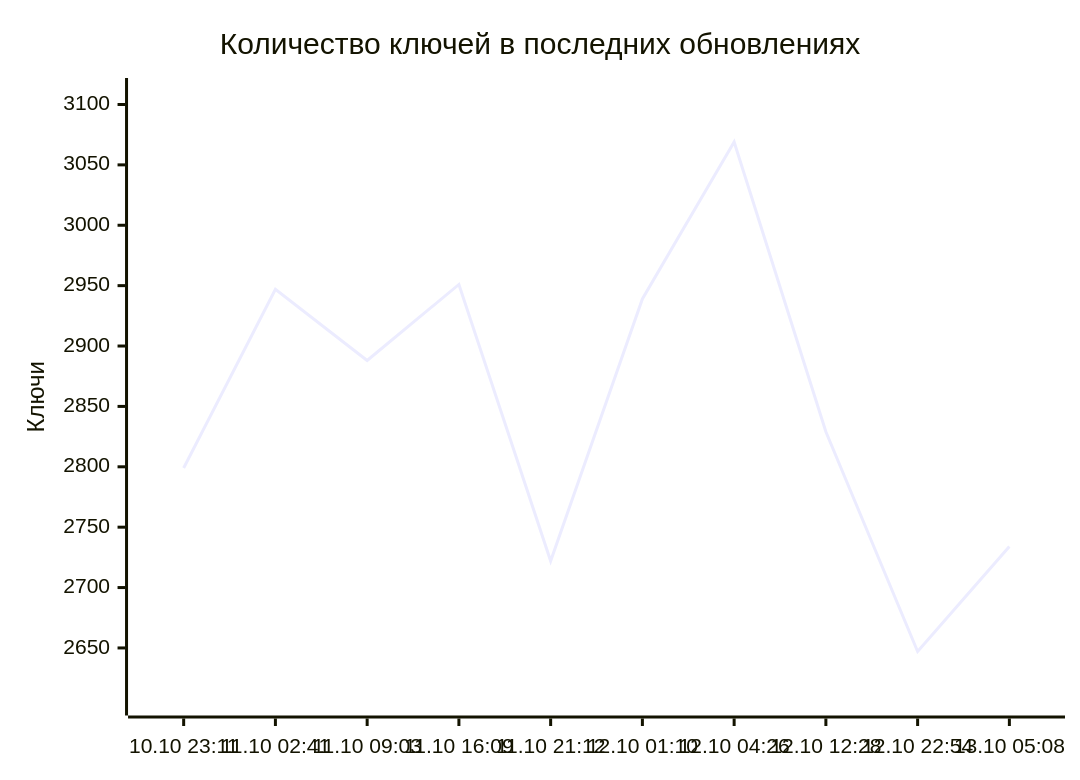
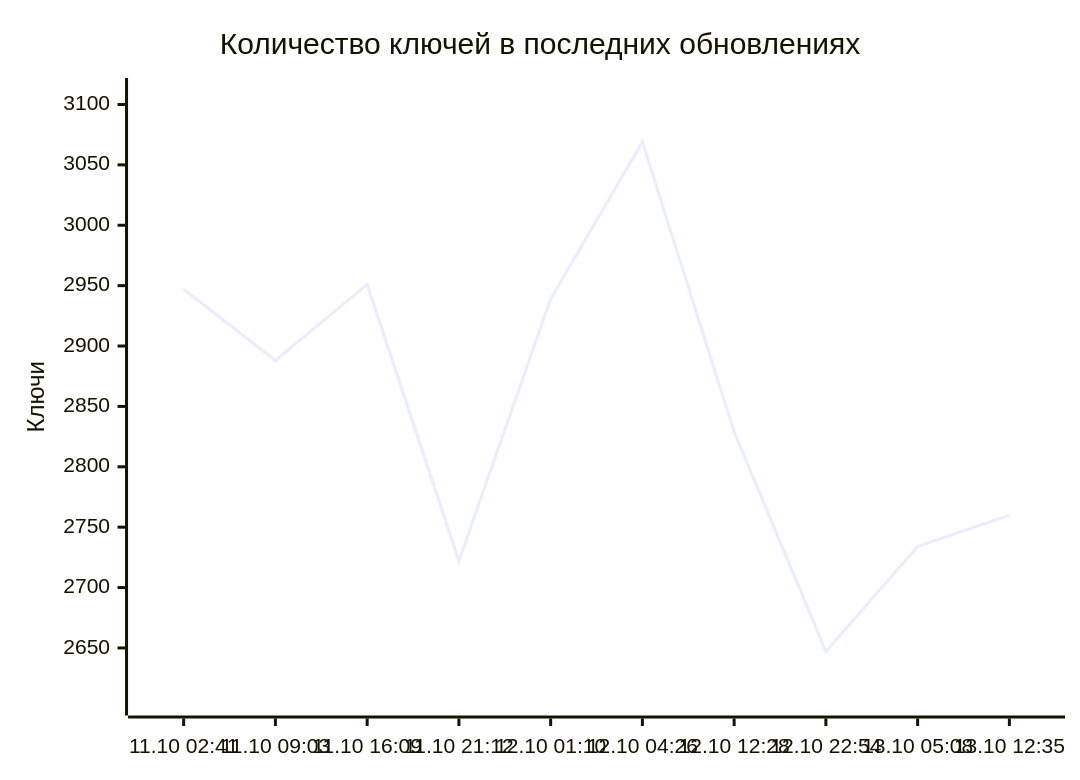
One commit to markKikhtenko/WireVeil changed the diagram in README.md. Above: the diagram before and after it, drawn with Mermaid. The commit also changed other lines of this file and 12 other files, not shown here.

````diff
--- a/README.md
+++ b/README.md
@@ -55,7 +55,7 @@
 ```mermaid
 xychart-beta
     title "Количество ключей в последних обновлениях"
-    x-axis ["10.10 23:11", "11.10 02:41", "11.10 09:03", "11.10 16:09", "11.10 21:12", "12.10 01:10", "12.10 04:26", "12.10 12:28", "12.10 22:54", "13.10 05:08"]
+    x-axis ["11.10 02:41", "11.10 09:03", "11.10 16:09", "11.10 21:12", "12.10 01:10", "12.10 04:26", "12.10 12:28", "12.10 22:54", "13.10 05:08", "13.10 12:35"]
     y-axis "Ключи" 2604 --> 3112
-    line [2799, 2947, 2888, 2951, 2722, 2939, 3069, 2829, 2647, 2734]
+    line [2947, 2888, 2951, 2722, 2939, 3069, 2829, 2647, 2734, 2760]
 ```
````
